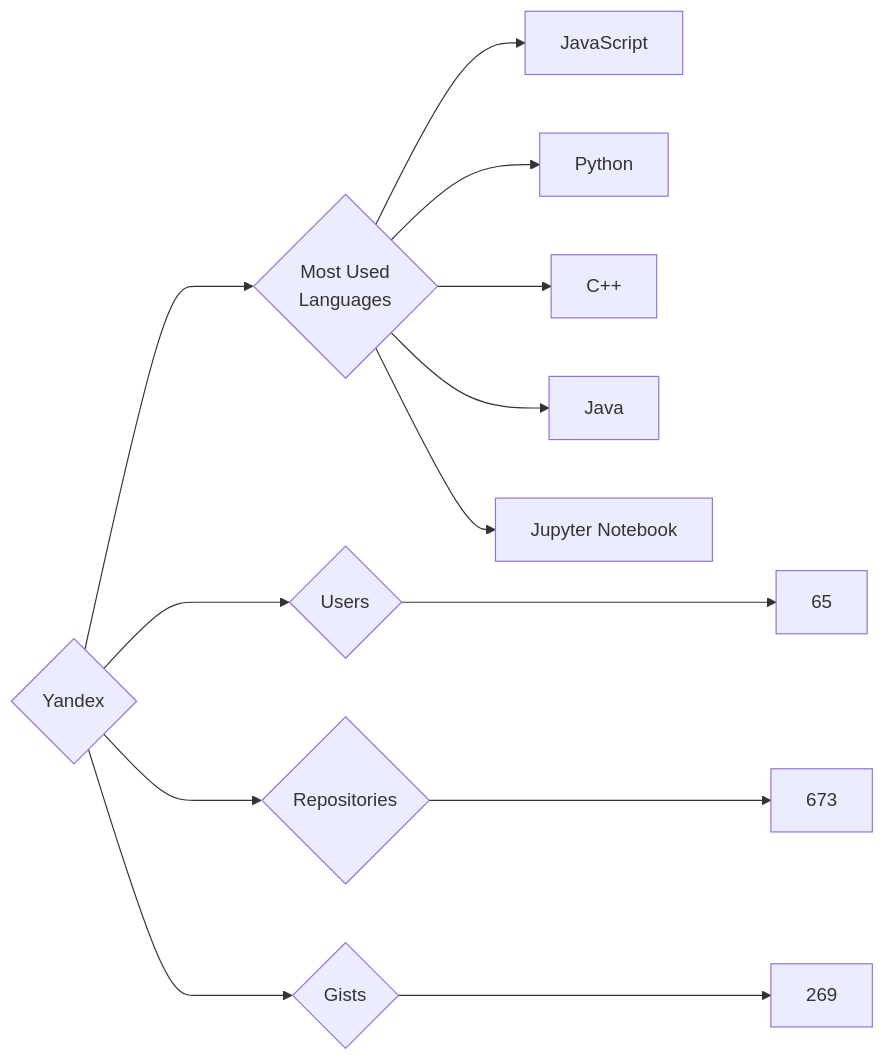
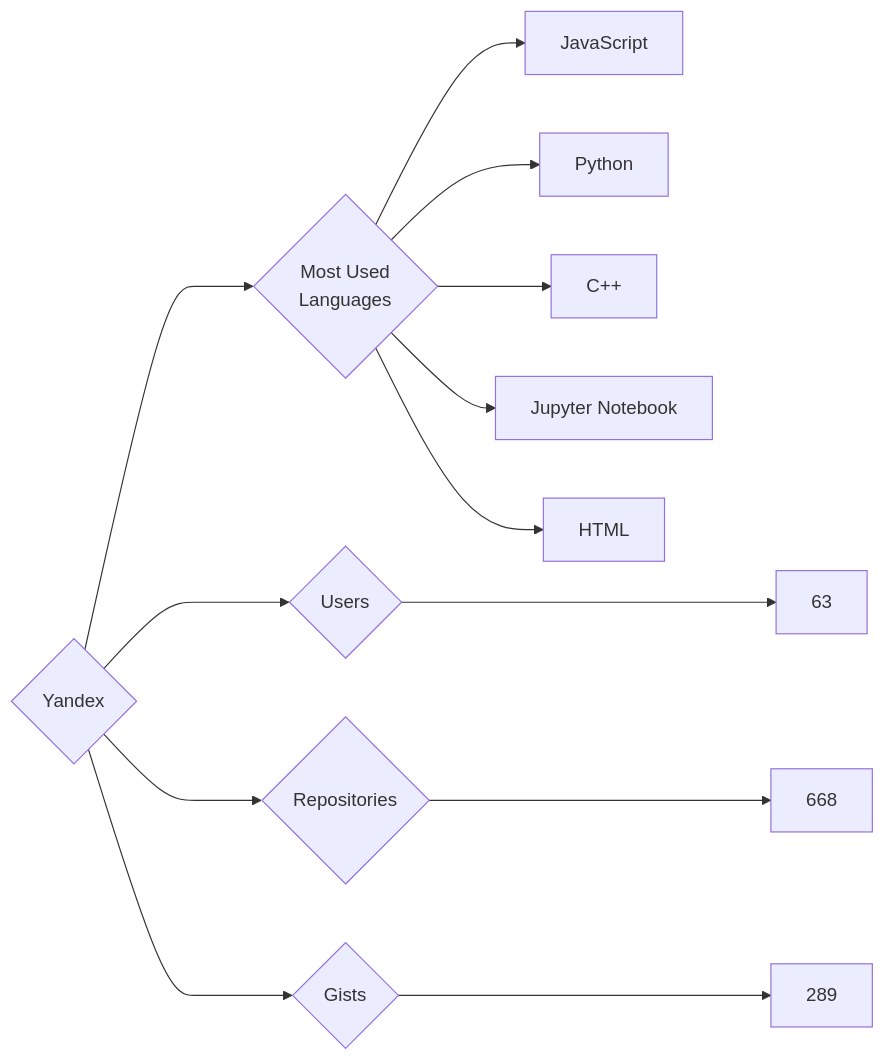
Before and after one commit to trickest/insiders: the diagram in targets/Yandex/README.md, drawn with Mermaid. The commit also changed 1011 other files, not shown here.

````diff
--- a/targets/Yandex/README.md
+++ b/targets/Yandex/README.md
@@ -3,13 +3,13 @@
 ```mermaid
 graph LR
 COMPANY_NAME{Yandex}
-COMPANY_NAME ---> U{Users} ---> UN[65]
-COMPANY_NAME ---> R{Repositories} ---> RN[673]
-COMPANY_NAME ---> G{Gists} ---> GN[269]
+COMPANY_NAME ---> U{Users} ---> UN[63]
+COMPANY_NAME ---> R{Repositories} ---> RN[668]
+COMPANY_NAME ---> G{Gists} ---> GN[289]
 COMPANY_NAME ---> ML{Most Used<br>Languages}
 ML --> JavaScript[JavaScript]
 ML --> Python[Python]
 ML --> C++[C++]
-ML --> Java[Java]
 ML --> Jupyter_Notebook[Jupyter Notebook]
+ML --> HTML[HTML]
 ```
````
